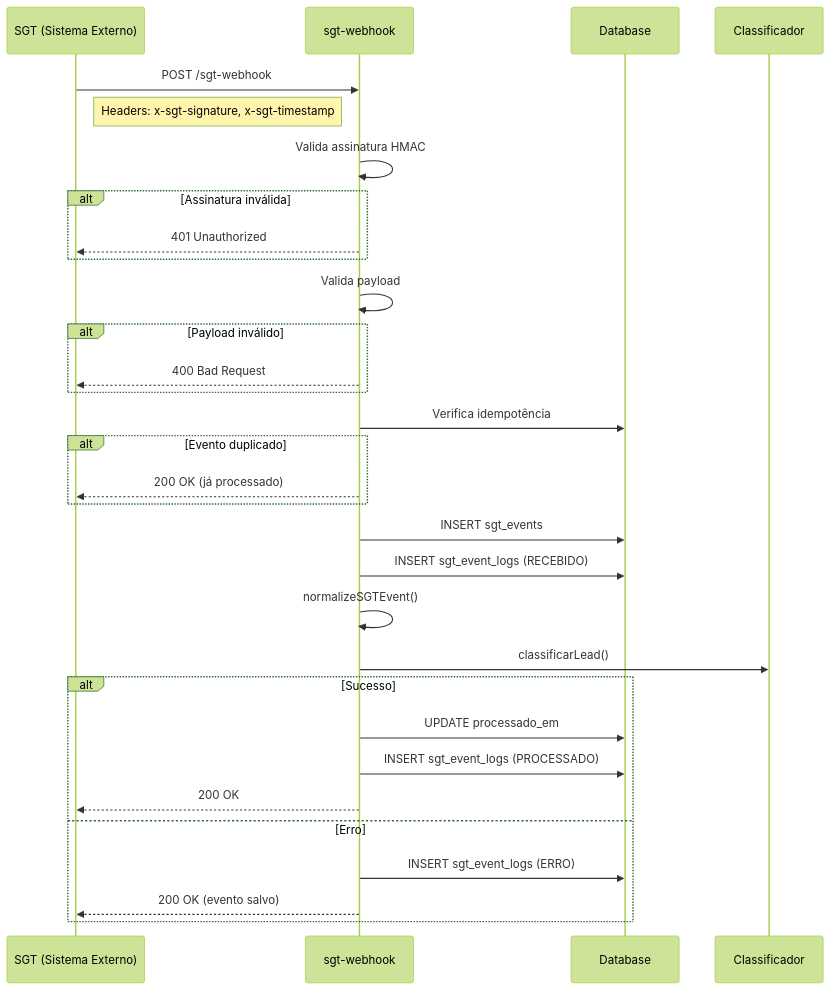
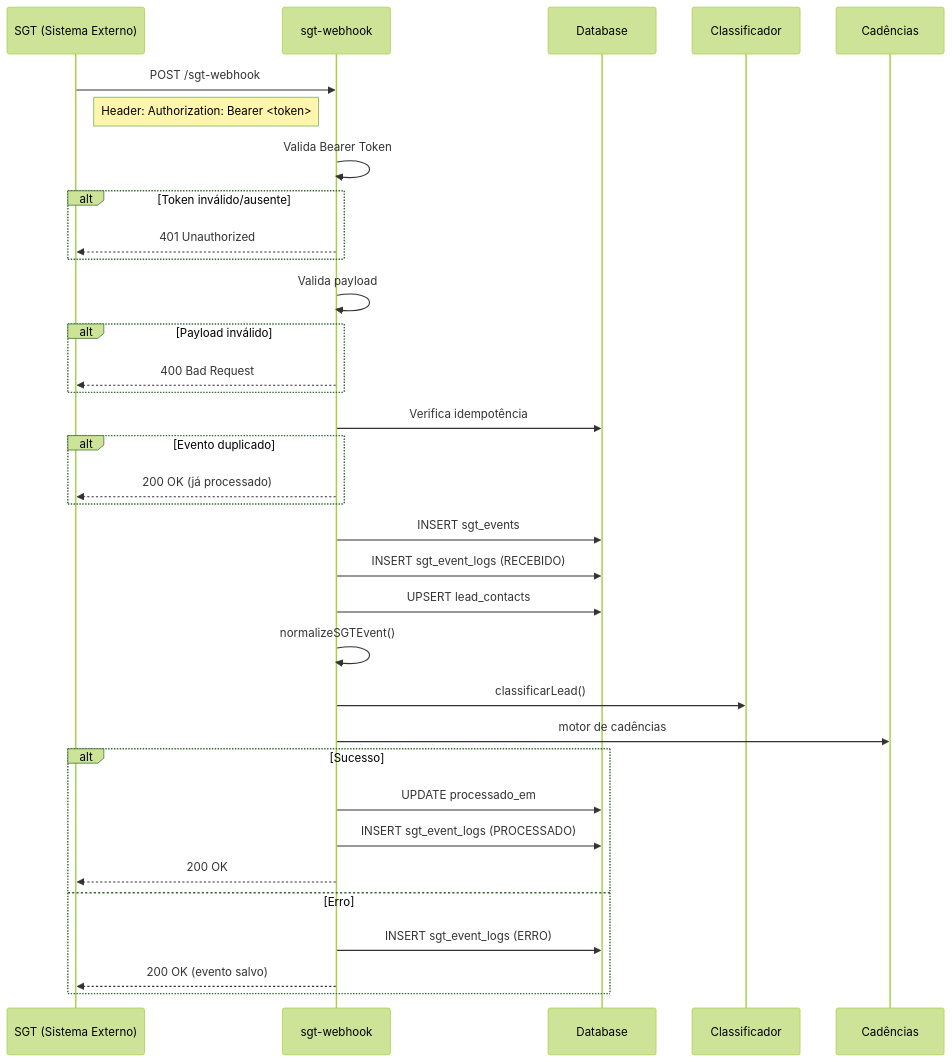
The diagram in docs/patches/PATCH-2_webhook-sgt.md (arthurcoelhoblue/bluetoken-ai), drawn with Mermaid (forest theme) before and after one commit. The commit also changed other lines of this file and 3 other files, not shown here.

````diff
--- a/docs/patches/PATCH-2_webhook-sgt.md
+++ b/docs/patches/PATCH-2_webhook-sgt.md
@@ -201,40 +244,43 @@
 ```mermaid
 sequenceDiagram
     participant SGT as SGT (Sistema Externo)
     participant WH as sgt-webhook
     participant DB as Database
     participant CL as Classificador
+    participant CD as Cadências
 
     SGT->>WH: POST /sgt-webhook
-    Note right of SGT: Headers: x-sgt-signature, x-sgt-timestamp
+    Note right of SGT: Header: Authorization: Bearer <token>
     
-    WH->>WH: Valida assinatura HMAC
-    alt Assinatura inválida
+    WH->>WH: Valida Bearer Token
+    alt Token inválido/ausente
         WH-->>SGT: 401 Unauthorized
     end
     
     WH->>WH: Valida payload
     alt Payload inválido
         WH-->>SGT: 400 Bad Request
     end
     
     WH->>DB: Verifica idempotência
     alt Evento duplicado
         WH-->>SGT: 200 OK (já processado)
     end
     
     WH->>DB: INSERT sgt_events
     WH->>DB: INSERT sgt_event_logs (RECEBIDO)
+    WH->>DB: UPSERT lead_contacts
     
     WH->>WH: normalizeSGTEvent()
     WH->>CL: classificarLead()
+    WH->>CD: motor de cadências
     
     alt Sucesso
         WH->>DB: UPDATE processado_em
         WH->>DB: INSERT sgt_event_logs (PROCESSADO)
         WH-->>SGT: 200 OK
     else Erro
         WH->>DB: INSERT sgt_event_logs (ERRO)
         WH-->>SGT: 200 OK (evento salvo)
     end
 ```
````
